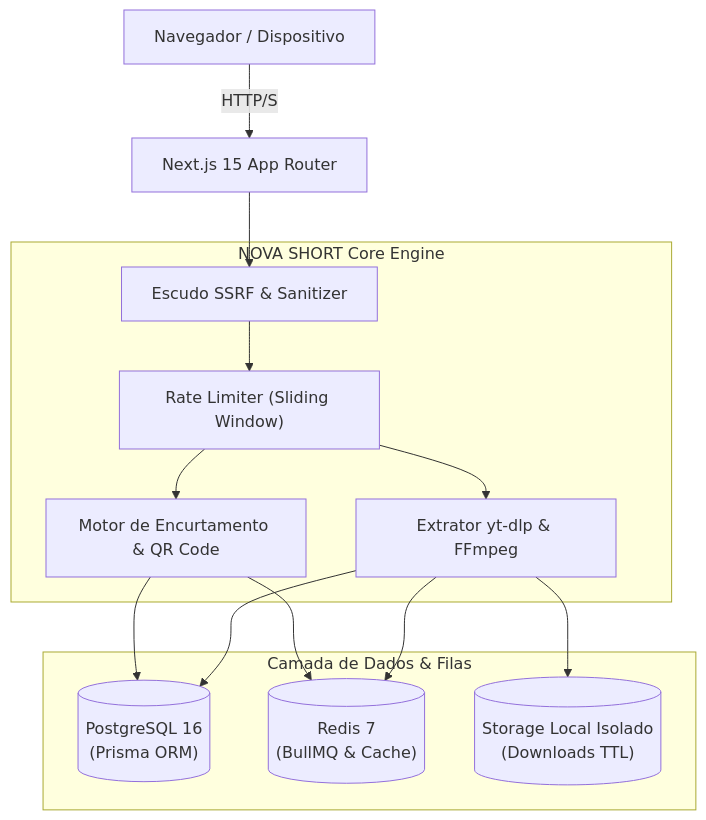
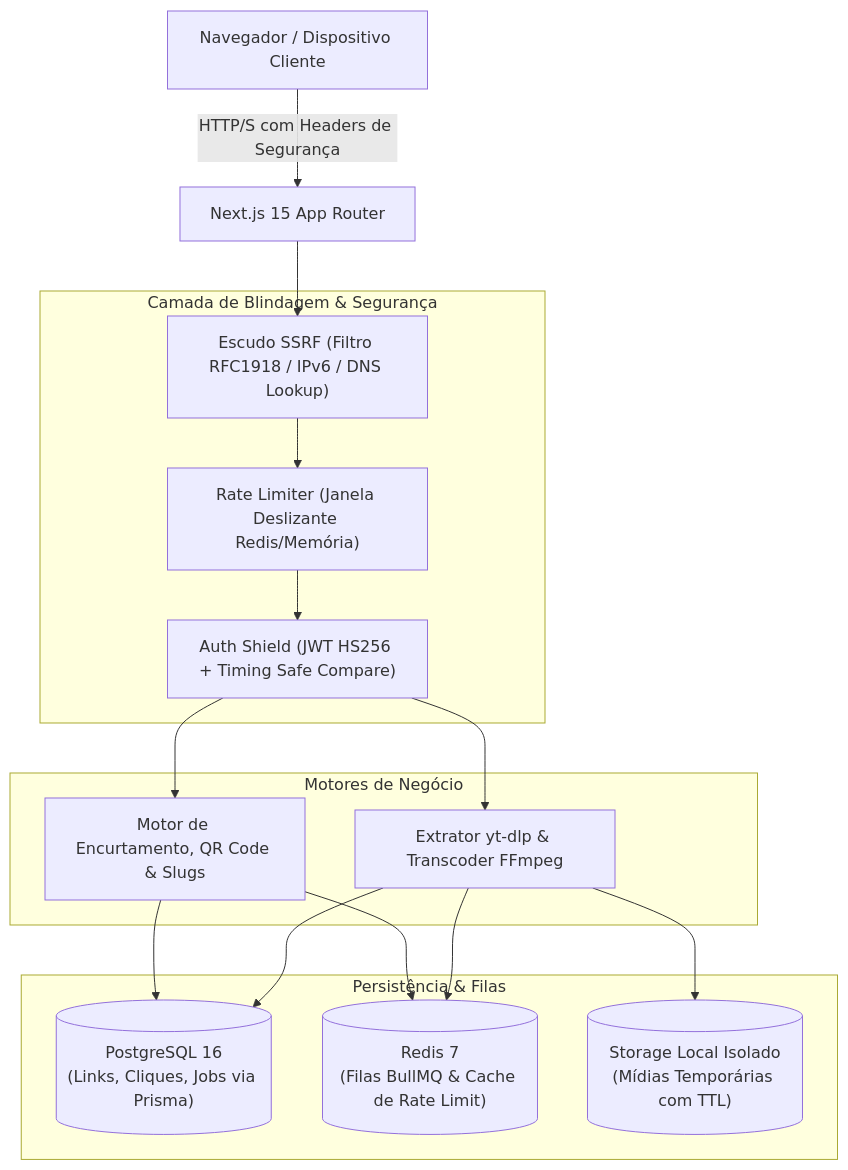
Before and after one commit to BrunoRafa01/Nova-Short: the diagram in README.md, drawn with Mermaid. The commit also changed other lines of this file and 55 other files, not shown here.

````diff
--- a/README.md
+++ b/README.md
@@ -72,28 +141,34 @@
 ```mermaid
 flowchart TD
-    Client["Navegador / Dispositivo"] -->|HTTP/S| App["Next.js 15 App Router"]
+    Client["Navegador / Dispositivo Cliente"] -->|HTTP/S com Headers de Segurança| App["Next.js 15 App Router"]
     
-    subgraph Core ["NOVA SHORT Core Engine"]
-        SSRF["Escudo SSRF & Sanitizer"]
-        RateLimit["Rate Limiter (Sliding Window)"]
-        ShortenerEngine["Motor de Encurtamento & QR Code"]
-        DownloaderEngine["Extrator yt-dlp & FFmpeg"]
+    subgraph Security ["Camada de Blindagem & Segurança"]
+        SSRF["Escudo SSRF (Filtro RFC1918 / IPv6 / DNS Lookup)"]
+        RateLimit["Rate Limiter (Janela Deslizante Redis/Memória)"]
+        AuthShield["Auth Shield (JWT HS256 + Timing Safe Compare)"]
     end
     
     App --> SSRF
     SSRF --> RateLimit
-    RateLimit --> ShortenerEngine
-    RateLimit --> DownloaderEngine
+    RateLimit --> AuthShield
     
-    subgraph Data ["Camada de Dados & Filas"]
-        Postgres[("PostgreSQL 16\n(Prisma ORM)")]
-        RedisQueue[("Redis 7\n(BullMQ & Cache)")]
-        DiskStorage[("Storage Local Isolado\n(Downloads TTL)")]
+    subgraph CoreEngine ["Motores de Negócio"]
+        ShortenerEngine["Motor de Encurtamento, QR Code & Slugs"]
+        DownloaderEngine["Extrator yt-dlp & Transcoder FFmpeg"]
+    end
+    
+    AuthShield --> ShortenerEngine
+    AuthShield --> DownloaderEngine
+    
+    subgraph DataStorage ["Persistência & Filas"]
+        Postgres[("PostgreSQL 16\n(Links, Cliques, Jobs via Prisma)")]
+        RedisQueue[("Redis 7\n(Filas BullMQ & Cache de Rate Limit)")]
+        DiskStorage[("Storage Local Isolado\n(Mídias Temporárias com TTL)")]
     end
     
     ShortenerEngine --> Postgres
     ShortenerEngine --> RedisQueue
     DownloaderEngine --> RedisQueue
     DownloaderEngine --> DiskStorage
     DownloaderEngine --> Postgres
 ```
````
